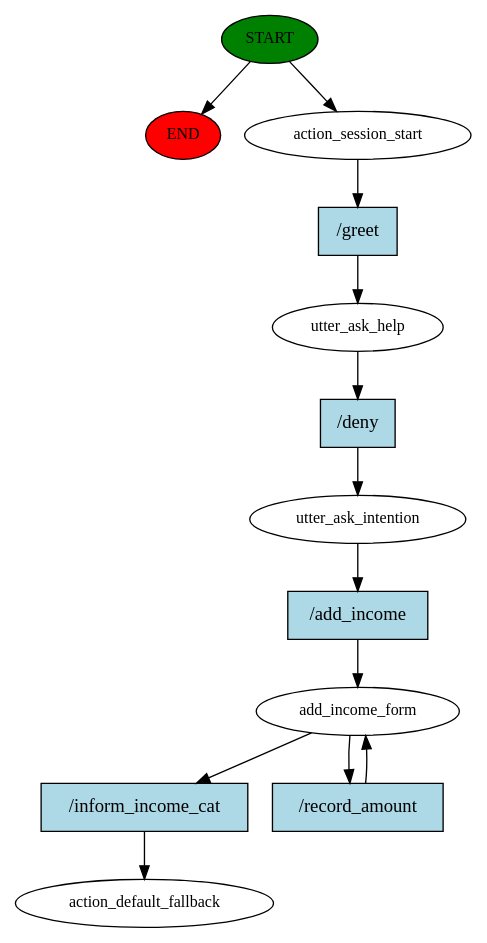
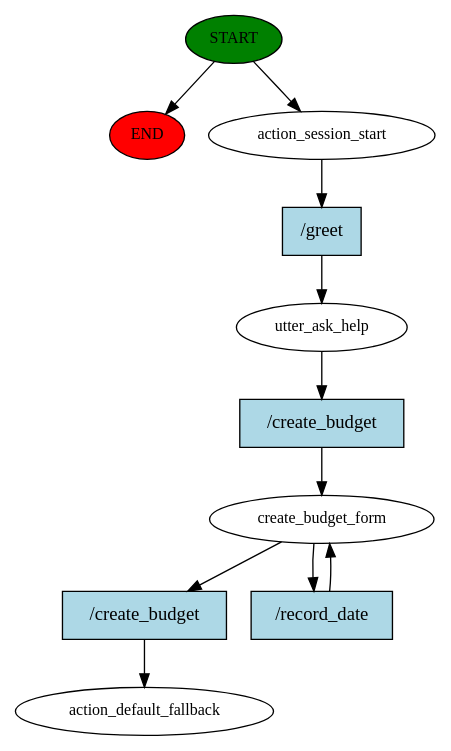
Before and after one commit to joey1123455/spendify_nlu: the diagram in story_graph.dot, drawn with Graphviz. The commit also changed 326 other files, not shown here.

```diff
--- a/story_graph.dot
+++ b/story_graph.dot
@@ -1,26 +1,22 @@
 digraph  {
 0 [class="start active", fillcolor=green, fontsize=12, label=START, style=filled];
 "-1" [class=end, fillcolor=red, fontsize=12, label=END, style=filled];
 1 [class=active, fontsize=12, label=action_session_start];
 2 [class=active, fontsize=12, label=utter_ask_help];
-3 [class=active, fontsize=12, label=utter_ask_intention];
-4 [class=active, fontsize=12, label=add_income_form];
-6 [class="dashed active", fontsize=12, label=action_default_fallback];
-7 [class="intent active", fillcolor=lightblue, label="/greet", shape=rect, style=filled];
-8 [class="intent active", fillcolor=lightblue, label="/deny", shape=rect, style=filled];
-9 [class="intent active", fillcolor=lightblue, label="/add_income", shape=rect, style=filled];
-10 [class="intent active", fillcolor=lightblue, label="/inform_income_cat", shape=rect, style=filled];
-11 [class="intent active", fillcolor=lightblue, label="/record_amount", shape=rect, style=filled];
+3 [class=active, fontsize=12, label=create_budget_form];
+5 [class="dashed active", fontsize=12, label=action_default_fallback];
+6 [class="intent active", fillcolor=lightblue, label="/greet", shape=rect, style=filled];
+7 [class="intent active", fillcolor=lightblue, label="/create_budget", shape=rect, style=filled];
+8 [class="intent active", fillcolor=lightblue, label="/create_budget", shape=rect, style=filled];
+9 [class="intent active", fillcolor=lightblue, label="/record_date", shape=rect, style=filled];
 0 -> "-1"  [class="", key=NONE, label=""];
 0 -> 1  [class=active, key=NONE, label=""];
-1 -> 7  [class=active, key=0];
-2 -> 8  [class=active, key=0];
+1 -> 6  [class=active, key=0];
+2 -> 7  [class=active, key=0];
+3 -> 8  [class=active, key=0];
 3 -> 9  [class=active, key=0];
-4 -> 10  [class=active, key=0];
-4 -> 11  [class=active, key=0];
-7 -> 2  [class=active, key=0];
-8 -> 3  [class=active, key=0];
-9 -> 4  [class=active, key=0];
-10 -> 6  [class=active, key=0];
-11 -> 4  [class=active, key=0];
+6 -> 2  [class=active, key=0];
+7 -> 3  [class=active, key=0];
+8 -> 5  [class=active, key=0];
+9 -> 3  [class=active, key=0];
 }
```
